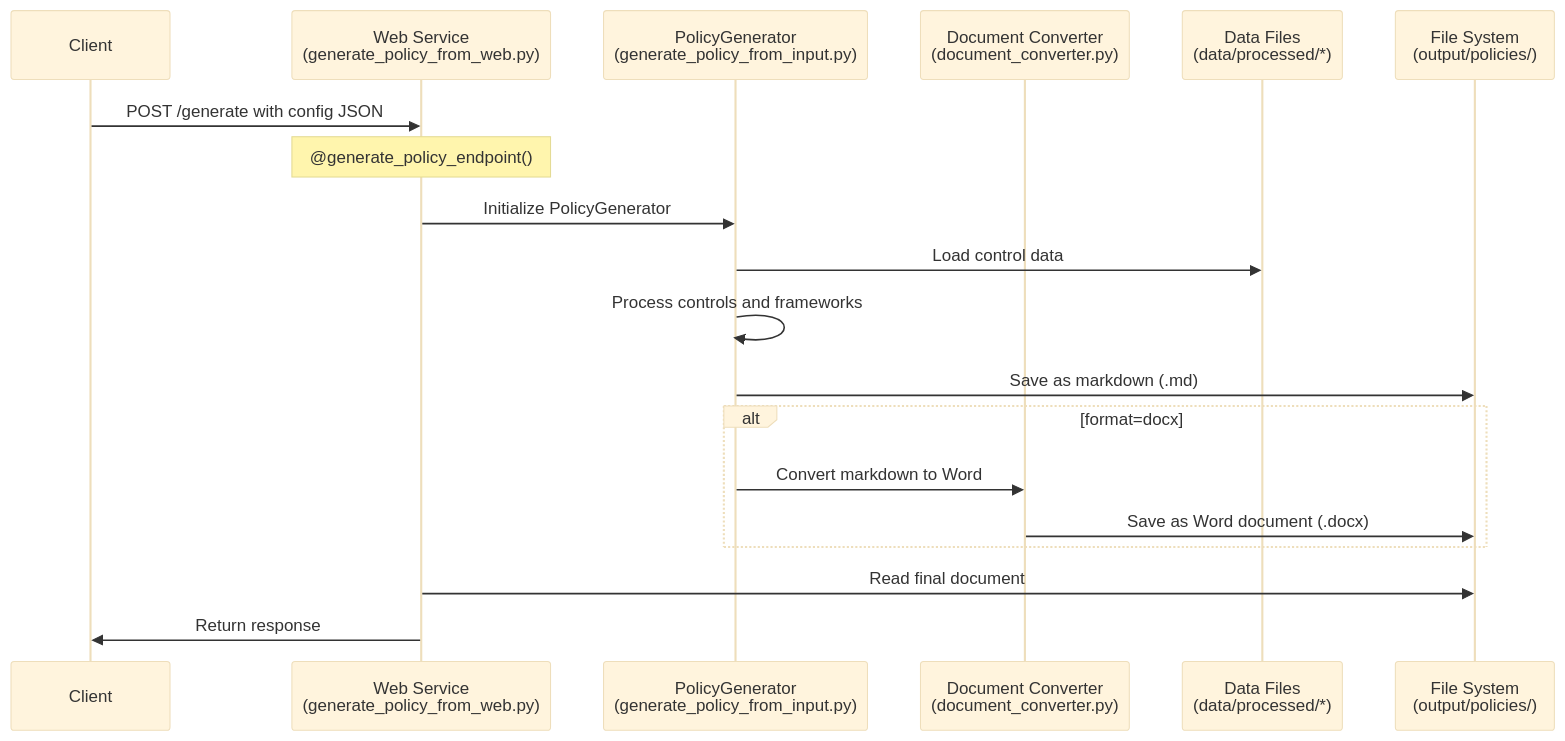
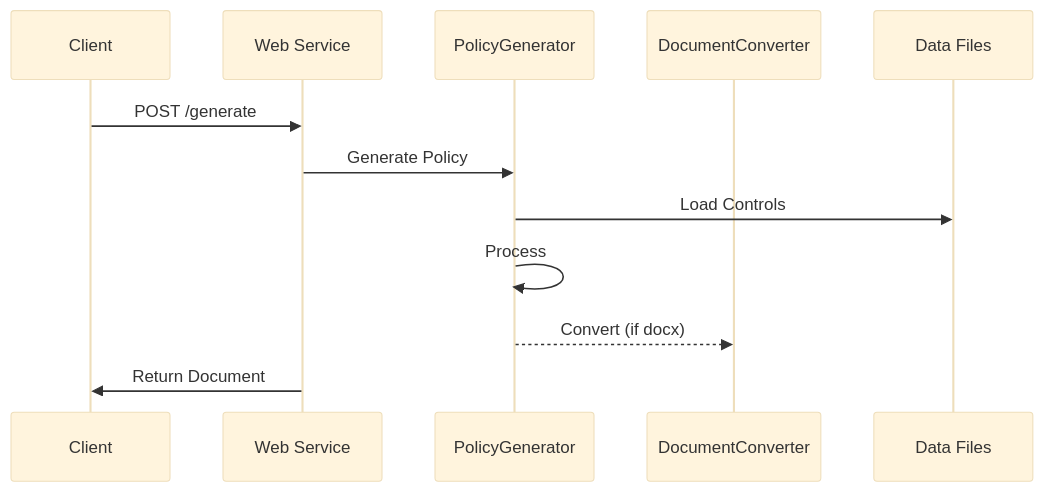
One commit to MarkAC007/adobe-ccf-document-generator changed the diagram in README.md. Above: the diagram before and after it, drawn with Mermaid (base theme). The commit also changed other lines of this file and 1 other file, not shown here.

````diff
--- a/README.md
+++ b/README.md
@@ -46,24 +90,15 @@
 ```mermaid
-   sequenceDiagram
-       participant Client
-       participant Web as Web Service<br/>(generate_policy_from_web.py)
-       participant Gen as PolicyGenerator<br/>(generate_policy_from_input.py)
-       participant Conv as Document Converter<br/>(document_converter.py)
-       participant Data as Data Files<br/>(data/processed/*)
-       participant FS as File System<br/>(output/policies/)
-
-       Client->>Web: POST /generate with config JSON
-       Note over Web: @generate_policy_endpoint()
-       Web->>Gen: Initialize PolicyGenerator
-       Gen->>Data: Load control data
-       Gen->>Gen: Process controls and frameworks
-       Gen->>FS: Save as markdown (.md)
-       
-       alt format=docx
-           Gen->>Conv: Convert markdown to Word
-           Conv->>FS: Save as Word document (.docx)
-       end
-       
-       Web->>FS: Read final document
-       Web->>Client: Return response
+sequenceDiagram
+    participant Client
+    participant Web as Web Service
+    participant Gen as PolicyGenerator
+    participant Conv as DocumentConverter
+    participant Data as Data Files
+    
+    Client->>Web: POST /generate
+    Web->>Gen: Generate Policy
+    Gen->>Data: Load Controls
+    Gen->>Gen: Process
+    Gen-->>Conv: Convert (if docx)
+    Web->>Client: Return Document
 ```
````
